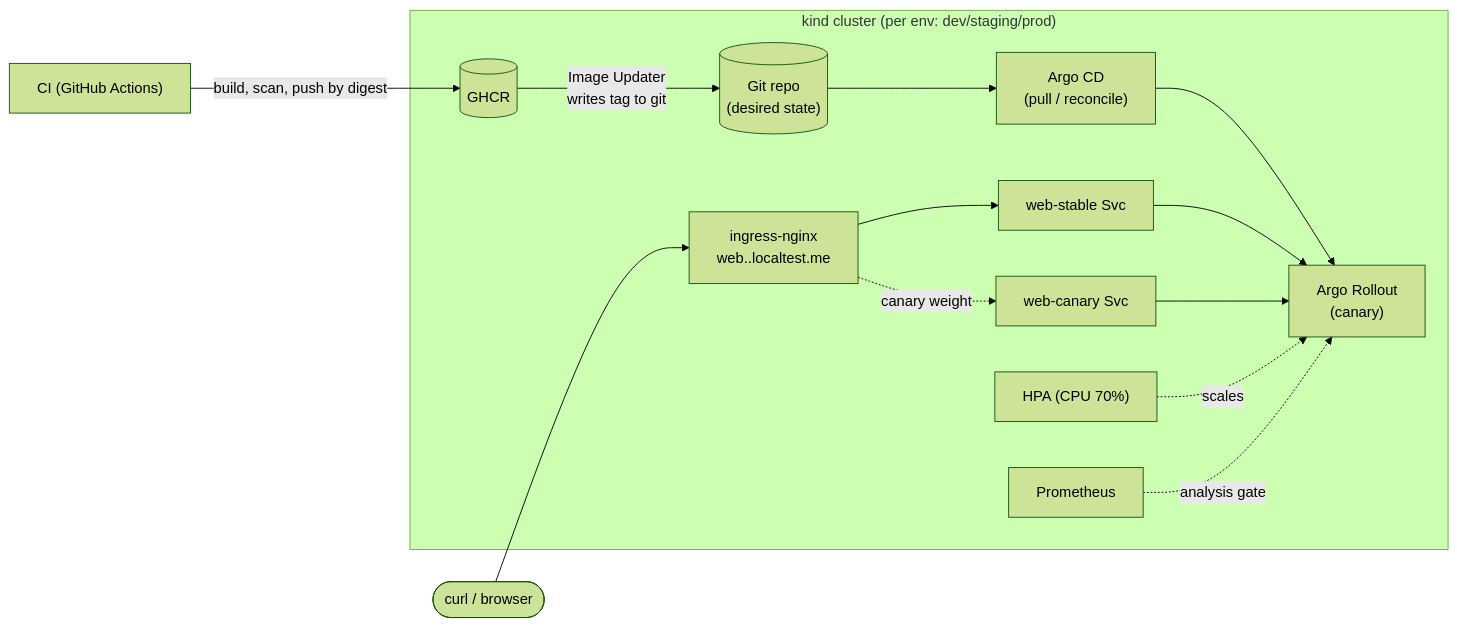
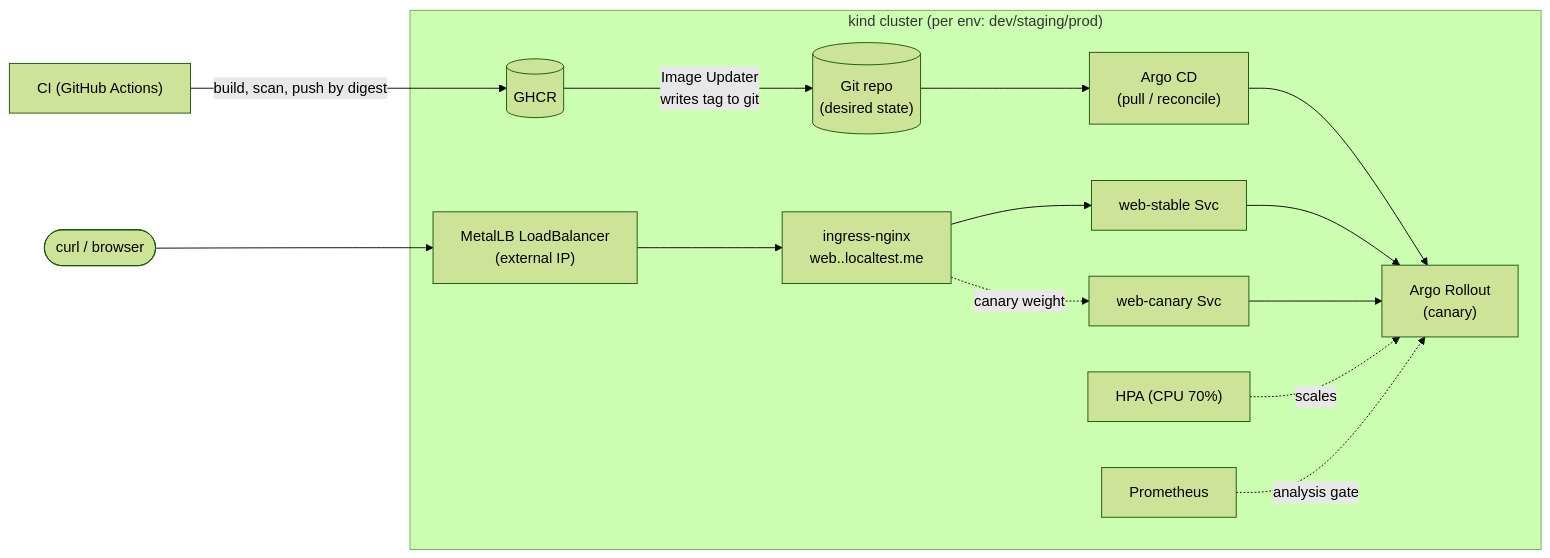
Before and after one commit to etedgy/k8s-gitops-platform: the diagram in README.md, drawn with Mermaid (forest theme). The commit also changed other lines of this file, not shown here.

Commit message:
docs: MetalLB LoadBalancer + subnets; document live end-to-end validation

````diff
--- a/README.md
+++ b/README.md
@@ -55,17 +55,18 @@
 ```mermaid
 flowchart LR
   ci["CI (GitHub Actions)"] -->|build, scan, push by digest| reg[("GHCR")]
   git[("Git repo\n(desired state)")]
   subgraph kind["kind cluster (per env: dev/staging/prod)"]
     argo["Argo CD\n(pull / reconcile)"] --> ro["Argo Rollout\n(canary)"]
     reg -->|Image Updater\nwrites tag to git| git
     git --> argo
-    ing["ingress-nginx\nweb.<env>.localtest.me"] --> stable["web-stable Svc"]
+    lb["MetalLB LoadBalancer\n(external IP)"] --> ing["ingress-nginx\nweb.<env>.localtest.me"]
+    ing --> stable["web-stable Svc"]
     ing -. canary weight .-> canary["web-canary Svc"]
     stable --> ro
     canary --> ro
     hpa["HPA (CPU 70%)"] -.scales.-> ro
     prom["Prometheus"] -.analysis gate.-> ro
   end
-  user(["curl / browser"]) --> ing
+  user(["curl / browser"]) --> lb
 ```
````
